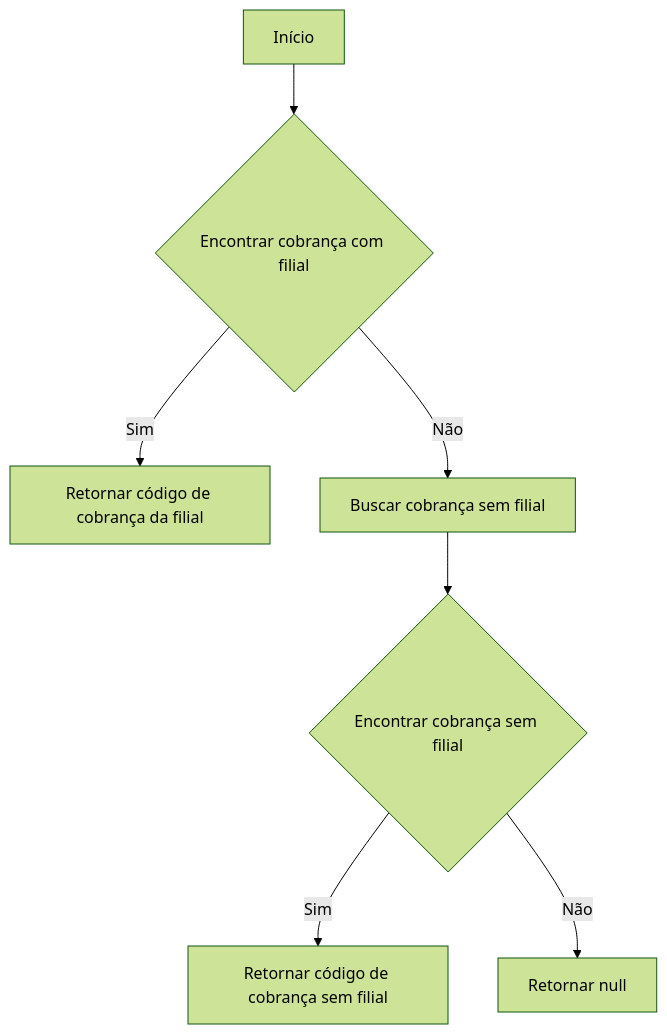
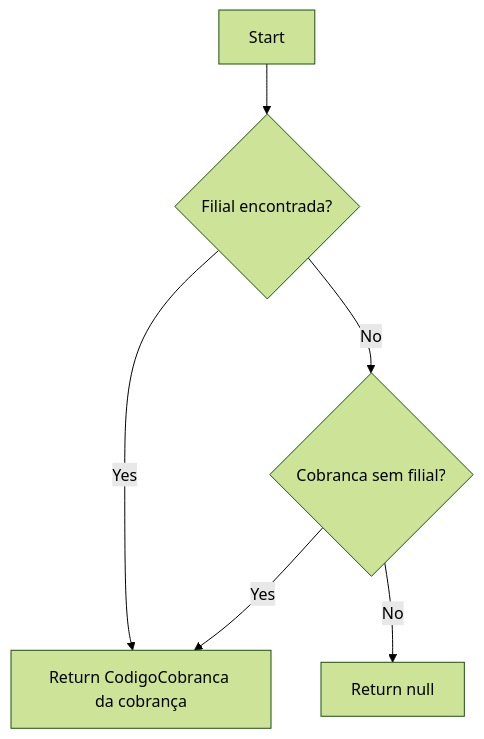
Before and after one commit to IsthmusSistemas/documentacao-tecnica: the first of 2 diagrams in docs/b2b-dominio/IsthmusWinthor.Nucleo/IsthmusWinthor.Dominio/Entidades/ConvenioBandeira.md, drawn with Mermaid (forest theme). The commit also changed other lines of this file and 882 other files, not shown here.

````diff
--- a/docs/b2b-dominio/IsthmusWinthor.Nucleo/IsthmusWinthor.Dominio/Entidades/ConvenioBandeira.md
+++ b/docs/b2b-dominio/IsthmusWinthor.Nucleo/IsthmusWinthor.Dominio/Entidades/ConvenioBandeira.md
@@ -19,9 +23,8 @@
 ```mermaid
 flowchart TD
-    A[Início] --> B{Encontrar cobrança com filial}
-    B -- Sim --> C[Retornar código de cobrança da filial]
-    B -- Não --> D[Buscar cobrança sem filial]
-    D --> E{Encontrar cobrança sem filial}
-    E -- Sim --> F[Retornar código de cobrança sem filial]
-    E -- Não --> G[Retornar null]
+    A[Start] --> B{Filial encontrada?}
+    B -- Yes --> C[Return CodigoCobranca da cobrança]
+    B -- No --> D{Cobranca sem filial?}
+    D -- Yes --> C
+    D -- No --> E[Return null]
 ```
````
